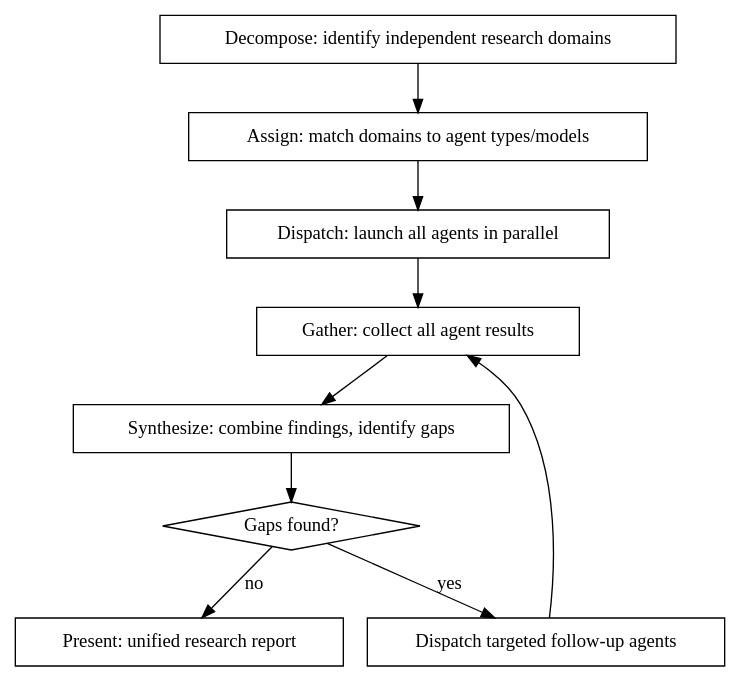
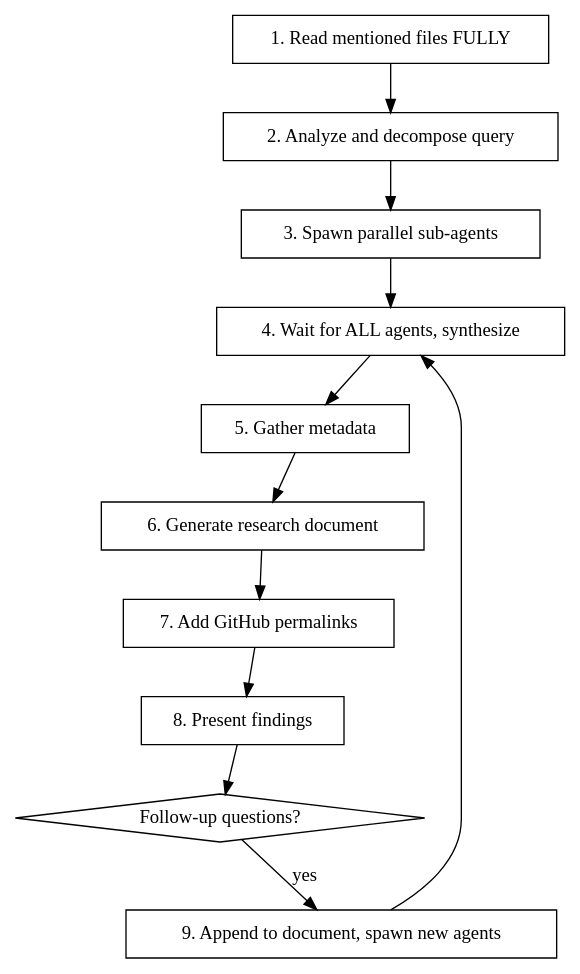
One commit to ziyunli/dotfiles changed the diagram in .claude/skills/comprehensive-research/SKILL.md. Above: the diagram before and after it, drawn with Graphviz. The commit also changed other lines of this file and 2 other files, not shown here.

Commit message:
comprehensive research rev 2

````diff
--- a/.claude/skills/comprehensive-research/SKILL.md
+++ b/.claude/skills/comprehensive-research/SKILL.md
@@ -41,23 +24,27 @@
 ```dot
 digraph process {
     rankdir=TB;
 
-    "Decompose: identify independent research domains" [shape=box];
-    "Assign: match domains to agent types/models" [shape=box];
-    "Dispatch: launch all agents in parallel" [shape=box];
-    "Gather: collect all agent results" [shape=box];
-    "Synthesize: combine findings, identify gaps" [shape=box];
-    "Gaps found?" [shape=diamond];
-    "Dispatch targeted follow-up agents" [shape=box];
-    "Present: unified research report" [shape=box];
+    "1. Read mentioned files FULLY" [shape=box];
+    "2. Analyze and decompose query" [shape=box];
+    "3. Spawn parallel sub-agents" [shape=box];
+    "4. Wait for ALL agents, synthesize" [shape=box];
+    "5. Gather metadata" [shape=box];
+    "6. Generate research document" [shape=box];
+    "7. Add GitHub permalinks" [shape=box];
+    "8. Present findings" [shape=box];
+    "Follow-up questions?" [shape=diamond];
+    "9. Append to document, spawn new agents" [shape=box];
 
-    "Decompose: identify independent research domains" -> "Assign: match domains to agent types/models";
-    "Assign: match domains to agent types/models" -> "Dispatch: launch all agents in parallel";
-    "Dispatch: launch all agents in parallel" -> "Gather: collect all agent results";
-    "Gather: collect all agent results" -> "Synthesize: combine findings, identify gaps";
-    "Synthesize: combine findings, identify gaps" -> "Gaps found?";
-    "Gaps found?" -> "Dispatch targeted follow-up agents" [label="yes"];
-    "Dispatch targeted follow-up agents" -> "Gather: collect all agent results";
-    "Gaps found?" -> "Present: unified research report" [label="no"];
+    "1. Read mentioned files FULLY" -> "2. Analyze and decompose query";
+    "2. Analyze and decompose query" -> "3. Spawn parallel sub-agents";
+    "3. Spawn parallel sub-agents" -> "4. Wait for ALL agents, synthesize";
+    "4. Wait for ALL agents, synthesize" -> "5. Gather metadata";
+    "5. Gather metadata" -> "6. Generate research document";
+    "6. Generate research document" -> "7. Add GitHub permalinks";
+    "7. Add GitHub permalinks" -> "8. Present findings";
+    "8. Present findings" -> "Follow-up questions?";
+    "Follow-up questions?" -> "9. Append to document, spawn new agents" [label="yes"];
+    "9. Append to document, spawn new agents" -> "4. Wait for ALL agents, synthesize";
 }
 ```
````
